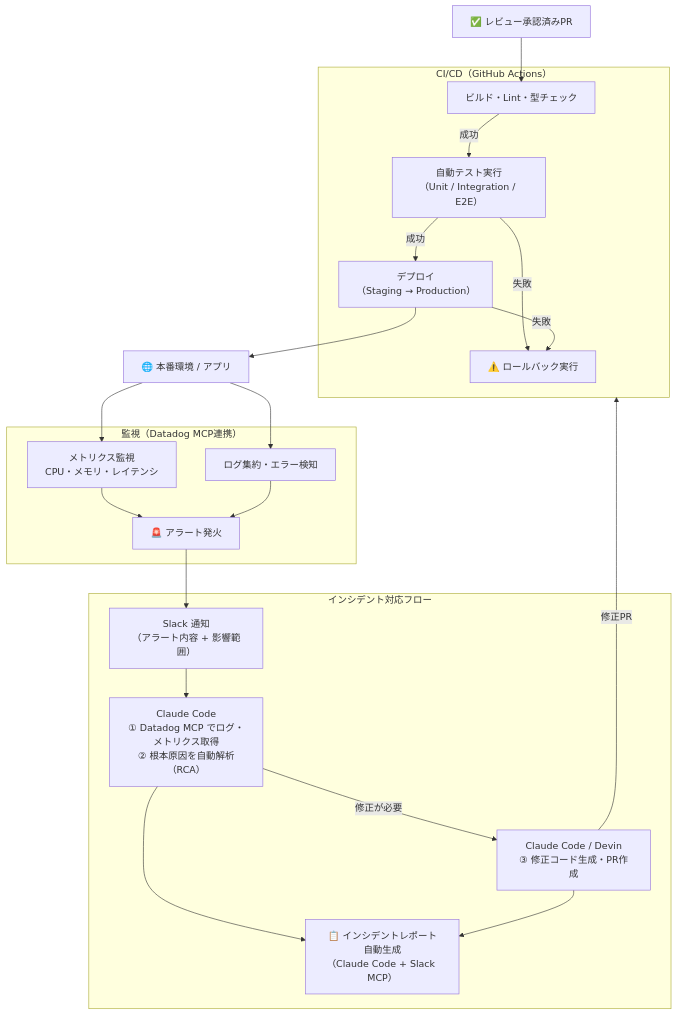
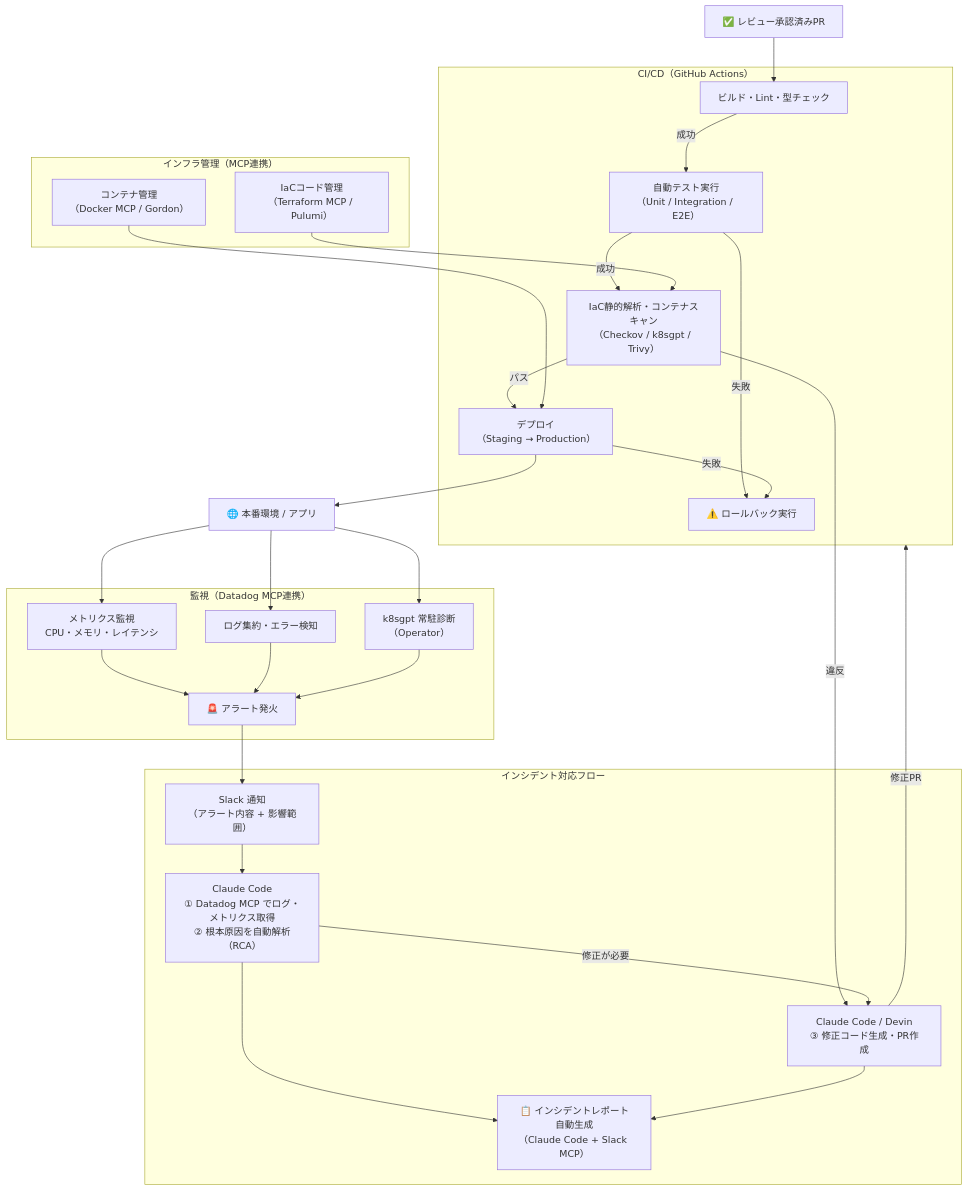
One commit to takuma39/ai changed diagram 17 of 41 in AI駆動開発.md. Above: the diagram before and after it, drawn with Mermaid. The commit also changed other lines of this file, not shown here.

Commit message:
update: AI駆動開発.mdを更新

````diff
--- a/AI駆動開発.md
+++ b/AI駆動開発.md
@@ -645,44 +648,55 @@
 ```mermaid
 graph TD
     Approved["✅ レビュー承認済みPR"]
 
     subgraph cicd["CI/CD（GitHub Actions）"]
         Build["ビルド・Lint・型チェック"]
         AutoTest["自動テスト実行<br/>（Unit / Integration / E2E）"]
+        InfraScan["IaC静的解析・コンテナスキャン<br/>（Checkov / k8sgpt / Trivy）"]
         Deploy["デプロイ<br/>（Staging → Production）"]
         Rollback["⚠️ ロールバック実行"]
     end
 
     Prod["🌐 本番環境 / アプリ"]
 
+    subgraph infra["インフラ管理（MCP連携）"]
+        IaC["IaCコード管理<br/>（Terraform MCP / Pulumi）"]
+        Container["コンテナ管理<br/>（Docker MCP / Gordon）"]
+    end
+
     subgraph monitoring["監視（Datadog MCP連携）"]
         Metrics["メトリクス監視<br/>CPU・メモリ・レイテンシ"]
         Logs["ログ集約・エラー検知"]
+        K8sDiag["k8sgpt 常駐診断<br/>（Operator）"]
         Alert["🚨 アラート発火"]
     end
 
     subgraph incident["インシデント対応フロー"]
         SlackAlert["Slack 通知<br/>（アラート内容 + 影響範囲）"]
         Triage["Claude Code<br/>① Datadog MCP でログ・メトリクス取得<br/>② 根本原因を自動解析（RCA）"]
         Fix["Claude Code / Devin<br/>③ 修正コード生成・PR作成"]
         PostMortem["📋 インシデントレポート自動生成<br/>（Claude Code + Slack MCP）"]
     end
 
 
 
     Approved --> Build
     Build -->|"成功"| AutoTest
-    AutoTest -->|"成功"| Deploy
+    AutoTest -->|"成功"| InfraScan
+    InfraScan -->|"パス"| Deploy
+    InfraScan -->|"違反"| Fix
     AutoTest -->|"失敗"| Rollback
     Deploy -->|"失敗"| Rollback
+    IaC --> InfraScan
+    Container --> Deploy
     Deploy --> Prod
 
-    Prod --> Metrics & Logs
-    Metrics & Logs --> Alert
+    Prod --> Metrics & Logs & K8sDiag
+    Metrics & Logs & K8sDiag --> Alert
 
     Alert --> SlackAlert
     SlackAlert --> Triage
     Triage -->|"修正が必要"| Fix
     Fix -->|"修正PR"| cicd
     Triage & Fix --> PostMortem
 ```
````
